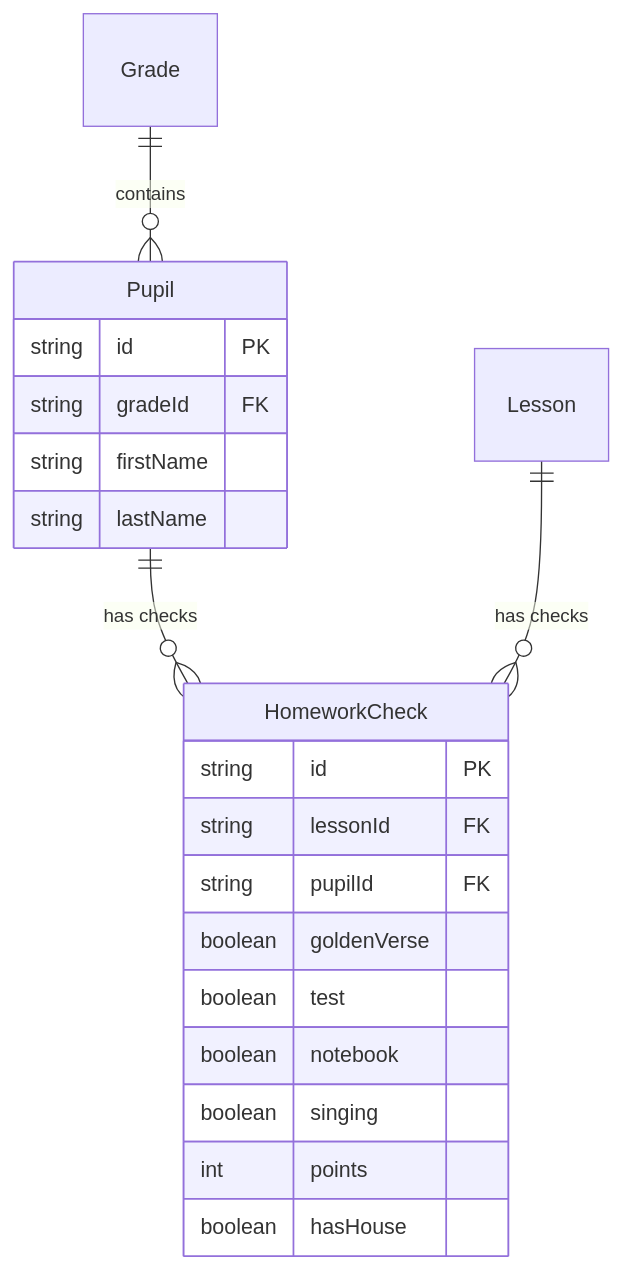
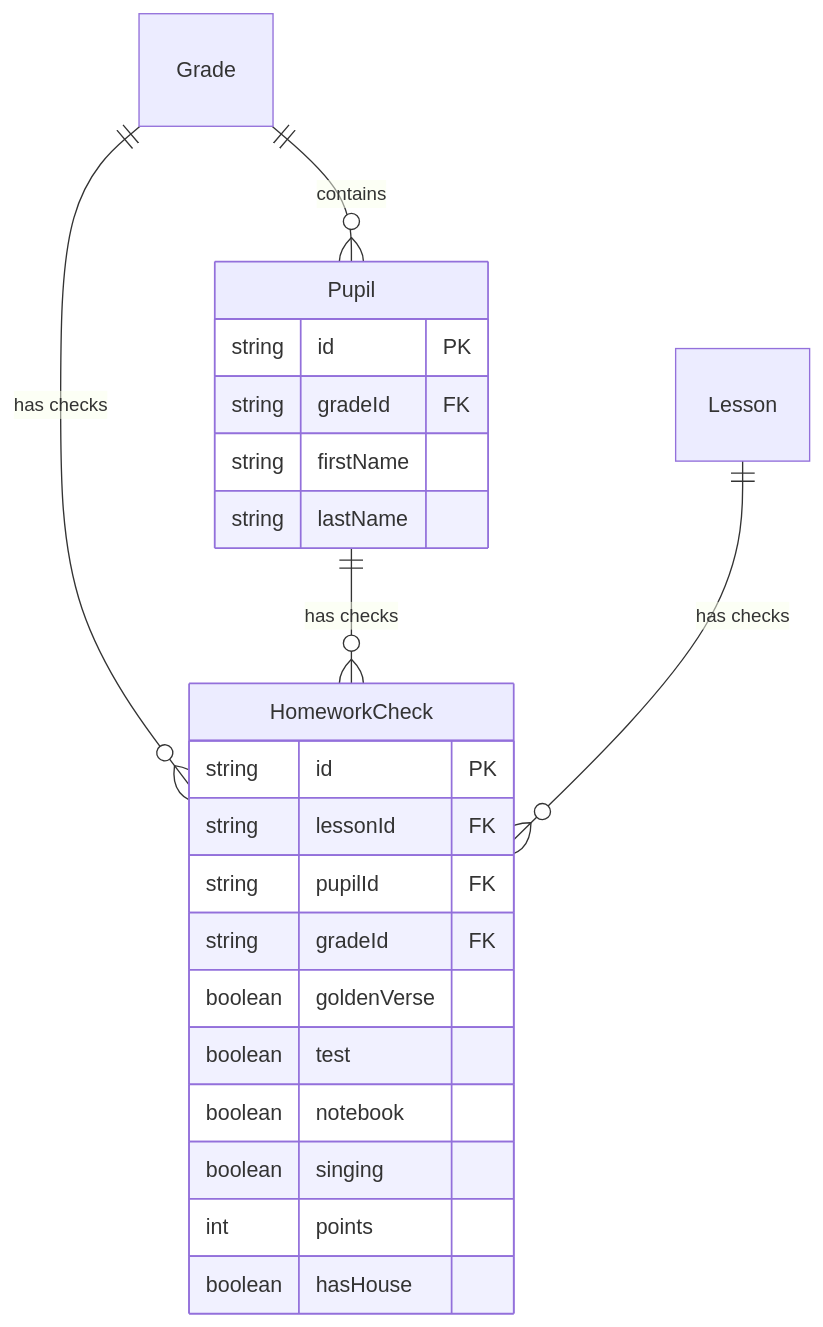
The fourth of 5 diagrams in docs/database/ERD.md (stallev/sun_school_app), drawn with Mermaid before and after one commit. The commit also changed other lines of this file and 22 other files, not shown here.

````diff
--- a/docs/database/ERD.md
+++ b/docs/database/ERD.md
@@ -848,25 +999,27 @@
 ```mermaid
 erDiagram
     Grade ||--o{ Pupil : "contains"
+    Grade ||--o{ HomeworkCheck : "has checks"
     Pupil ||--o{ HomeworkCheck : "has checks"
     Lesson ||--o{ HomeworkCheck : "has checks"
     
     Pupil {
         string id PK
         string gradeId FK
         string firstName
         string lastName
     }
     
     HomeworkCheck {
         string id PK
         string lessonId FK
         string pupilId FK
+        string gradeId FK
         boolean goldenVerse
         boolean test
         boolean notebook
         boolean singing
         int points
         boolean hasHouse
     }
 ```
````
